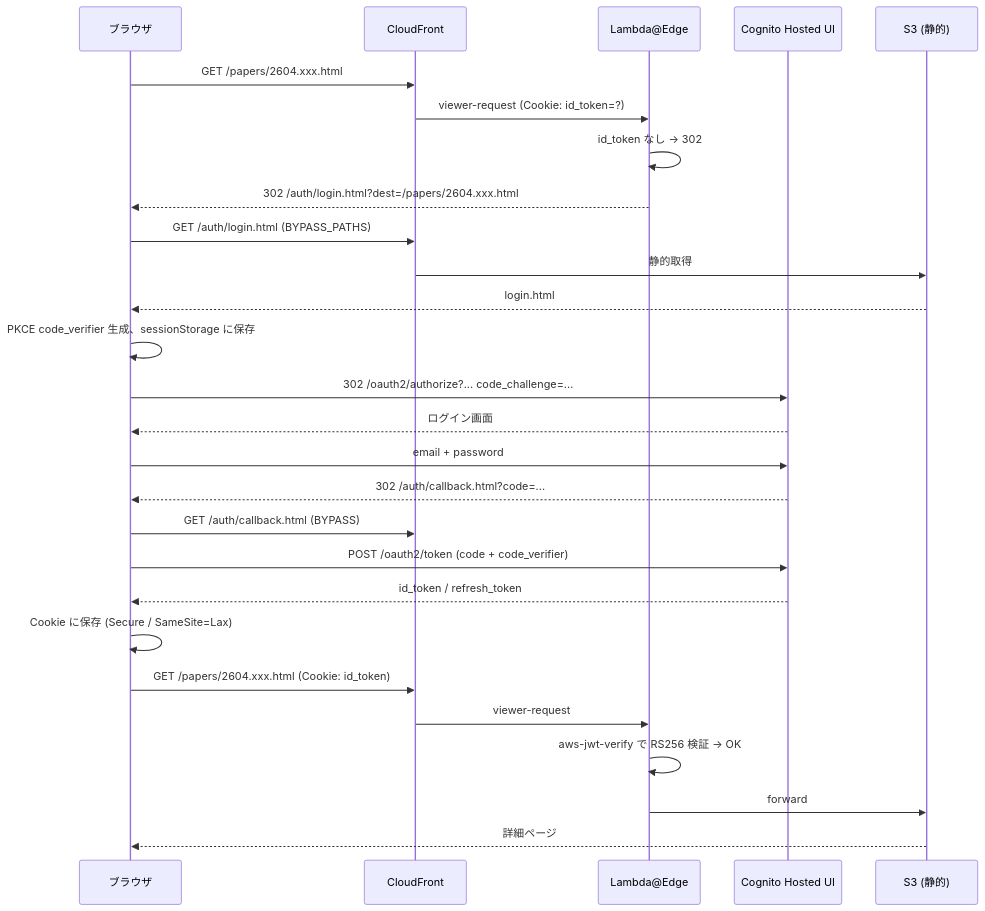
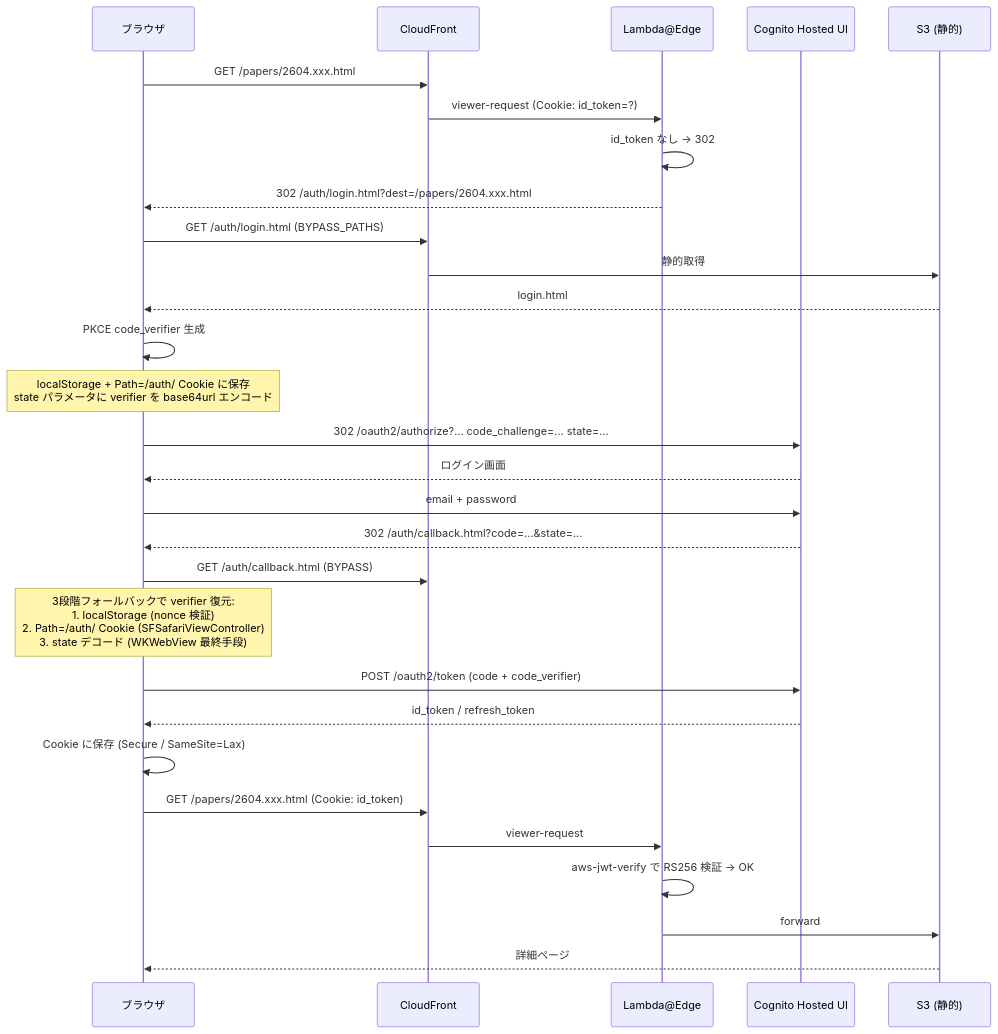
One commit to Shintaro-Abe/ai-papers-digest changed the fifth of 5 diagrams in docs/architecture.md. Above: the diagram before and after it, drawn with Mermaid. The commit also changed other lines of this file and 3 other files, not shown here.

First line of the commit message:
docs: update auth PKCE 3-tier fallback and S3 bucket policy in docs

````diff
--- a/docs/architecture.md
+++ b/docs/architecture.md
@@ -827,33 +844,35 @@
 ```mermaid
 sequenceDiagram
     participant User as ブラウザ
     participant CF as CloudFront
     participant Edge as Lambda@Edge
     participant Cognito as Cognito Hosted UI
     participant S3 as S3 (静的)
 
     User->>CF: GET /papers/2604.xxx.html
     CF->>Edge: viewer-request (Cookie: id_token=?)
     Edge->>Edge: id_token なし → 302
     Edge-->>User: 302 /auth/login.html?dest=/papers/2604.xxx.html
 
     User->>CF: GET /auth/login.html (BYPASS_PATHS)
     CF->>S3: 静的取得
     S3-->>User: login.html
 
-    User->>User: PKCE code_verifier 生成、sessionStorage に保存
-    User->>Cognito: 302 /oauth2/authorize?... code_challenge=...
+    User->>User: PKCE code_verifier 生成
+    Note over User: localStorage + Path=/auth/ Cookie に保存<br/>state パラメータに verifier を base64url エンコード
+    User->>Cognito: 302 /oauth2/authorize?... code_challenge=... state=...
     Cognito-->>User: ログイン画面
     User->>Cognito: email + password
-    Cognito-->>User: 302 /auth/callback.html?code=...
+    Cognito-->>User: 302 /auth/callback.html?code=...&state=...
 
     User->>CF: GET /auth/callback.html (BYPASS)
+    Note over User: 3段階フォールバックで verifier 復元:<br/>1. localStorage (nonce 検証)<br/>2. Path=/auth/ Cookie (SFSafariViewController)<br/>3. state デコード (WKWebView 最終手段)
     User->>Cognito: POST /oauth2/token (code + code_verifier)
     Cognito-->>User: id_token / refresh_token
     User->>User: Cookie に保存 (Secure / SameSite=Lax)
     User->>CF: GET /papers/2604.xxx.html (Cookie: id_token)
     CF->>Edge: viewer-request
     Edge->>Edge: aws-jwt-verify で RS256 検証 → OK
     Edge->>S3: forward
     S3-->>User: 詳細ページ
 ```
````
